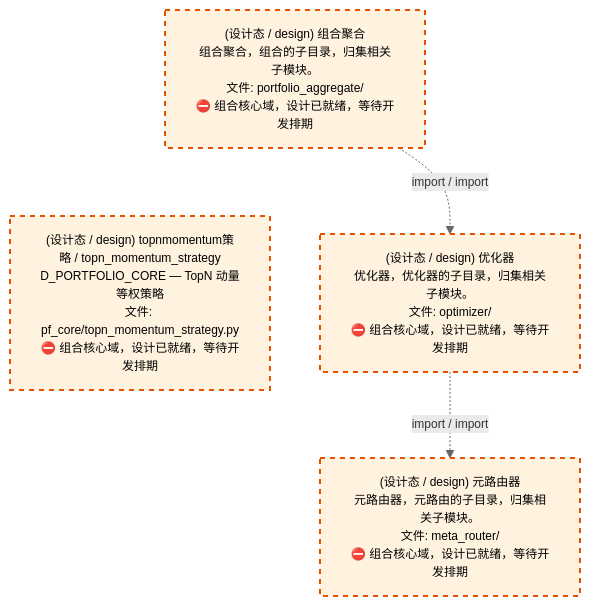
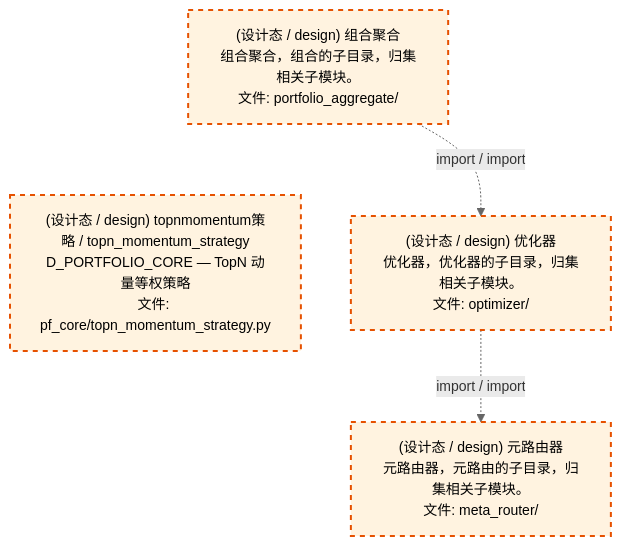
The third of 4 diagrams in docs/02_enterprise_architecture/02_domain_architecture_docs/63_d_pf_core.md (xuanFelixVan/ZephyrAlpha), drawn with Mermaid before and after one commit. The commit also changed other lines of this file and 61 other files, not shown here.

````diff
--- a/docs/02_enterprise_architecture/02_domain_architecture_docs/63_d_pf_core.md
+++ b/docs/02_enterprise_architecture/02_domain_architecture_docs/63_d_pf_core.md
@@ -176,16 +176,16 @@
 ```mermaid
-%%{init: {'theme': 'base', 'themeVariables': {'primaryColor': '#eaeaea', 'primaryTextColor': '#333333', 'primaryBorderColor': '#666666', 'lineColor': '#666666', 'secondaryColor': '#eaeaea', 'tertiaryColor': '#eaeaea', 'fontSize': '12px'}}}%%
+%%{init: {'theme': 'base', 'themeVariables': {'primaryColor': '#eaeaea', 'primaryTextColor': '#333333', 'primaryBorderColor': '#666666', 'lineColor': '#666666', 'secondaryColor': '#eaeaea', 'tertiaryColor': '#eaeaea', 'fontSize': '14px'}}}%%
 flowchart TD
-    src_zephyr_pf_core_portfolio_aggregate["(设计态 / design) 组合聚合<br/>组合聚合，组合的子目录，归集相关子模块。<br/>文件: portfolio_aggregate/<br/>⛔ 组合核心域，设计已就绪，等待开发排期"]
-    src_zephyr_pf_core_topn_momentum_strategy_py["(设计态 / design) topnmomentum策略 / topn_momentum_strategy<br/>D_PORTFOLIO_CORE — TopN 动量等权策略<br/>文件: pf_core/topn_momentum_strategy.py<br/>⛔ 组合核心域，设计已就绪，等待开发排期"]
+    src_zephyr_pf_core_portfolio_aggregate["(设计态 / design) 组合聚合<br/>组合聚合，组合的子目录，归集相关子模块。<br/>文件: portfolio_aggregate/"]
+    src_zephyr_pf_core_topn_momentum_strategy_py["(设计态 / design) topnmomentum策略 / topn_momentum_strategy<br/>D_PORTFOLIO_CORE — TopN 动量等权策略<br/>文件: pf_core/topn_momentum_strategy.py"]
     src_zephyr_pf_core_portfolio_aggregate ~~~ src_zephyr_pf_core_topn_momentum_strategy_py
-    src_zephyr_pf_core_optimizer["(设计态 / design) 优化器<br/>优化器，优化器的子目录，归集相关子模块。<br/>文件: optimizer/<br/>⛔ 组合核心域，设计已就绪，等待开发排期"]
-    src_zephyr_pf_core_meta_router["(设计态 / design) 元路由器<br/>元路由器，元路由的子目录，归集相关子模块。<br/>文件: meta_router/<br/>⛔ 组合核心域，设计已就绪，等待开发排期"]
+    src_zephyr_pf_core_optimizer["(设计态 / design) 优化器<br/>优化器，优化器的子目录，归集相关子模块。<br/>文件: optimizer/"]
+    src_zephyr_pf_core_meta_router["(设计态 / design) 元路由器<br/>元路由器，元路由的子目录，归集相关子模块。<br/>文件: meta_router/"]
     src_zephyr_pf_core_optimizer -.->|import / import| src_zephyr_pf_core_meta_router
     src_zephyr_pf_core_portfolio_aggregate -.->|import / import| src_zephyr_pf_core_optimizer
     classDef production fill:#e1f5fe,stroke:#01579b,stroke-width:2px,color:#000
     classDef design fill:#fff3e0,stroke:#e65100,stroke-width:2px,color:#000,stroke-dasharray: 5 5
     classDef external_prod fill:#e8f4fd,stroke:#0277bd,stroke-width:1px,color:#000
     classDef external_design fill:#fff8e7,stroke:#ef6c00,stroke-width:1px,color:#000,stroke-dasharray: 5 5
     class src_zephyr_pf_core_meta_router,src_zephyr_pf_core_optimizer,src_zephyr_pf_core_portfolio_aggregate,src_zephyr_pf_core_topn_momentum_strategy_py design
 ```
````
